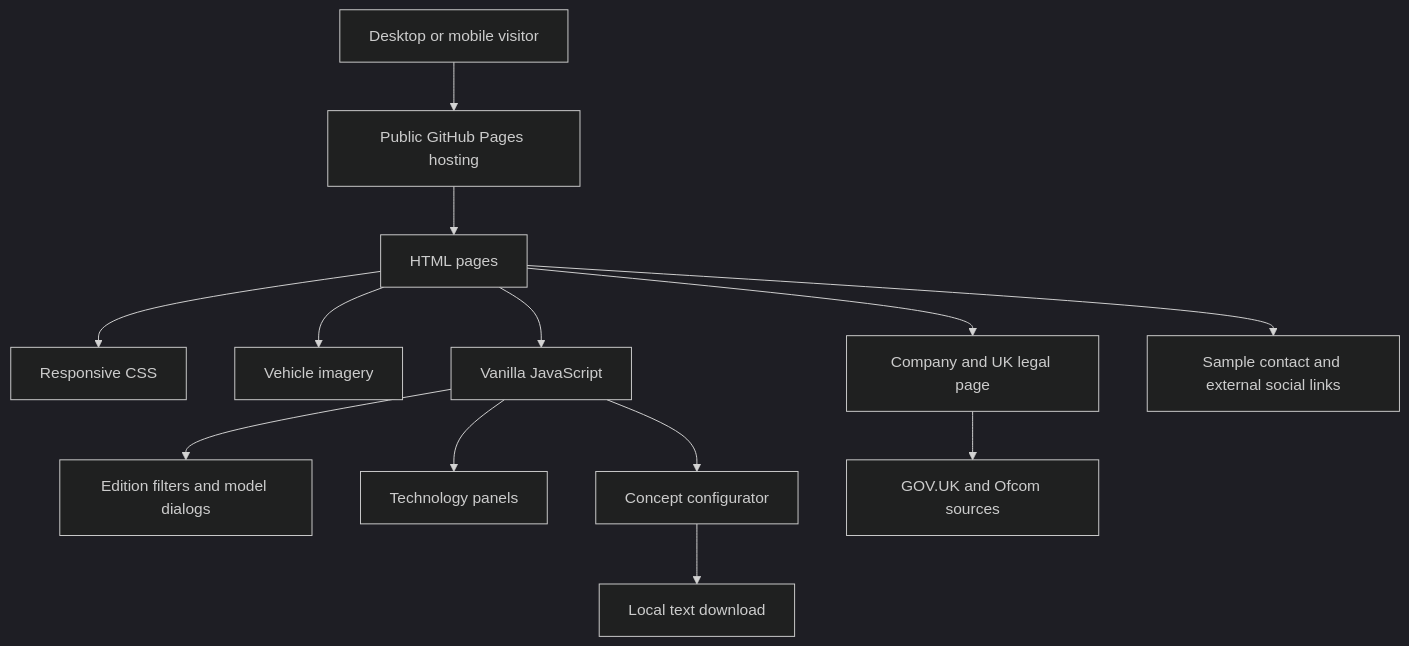
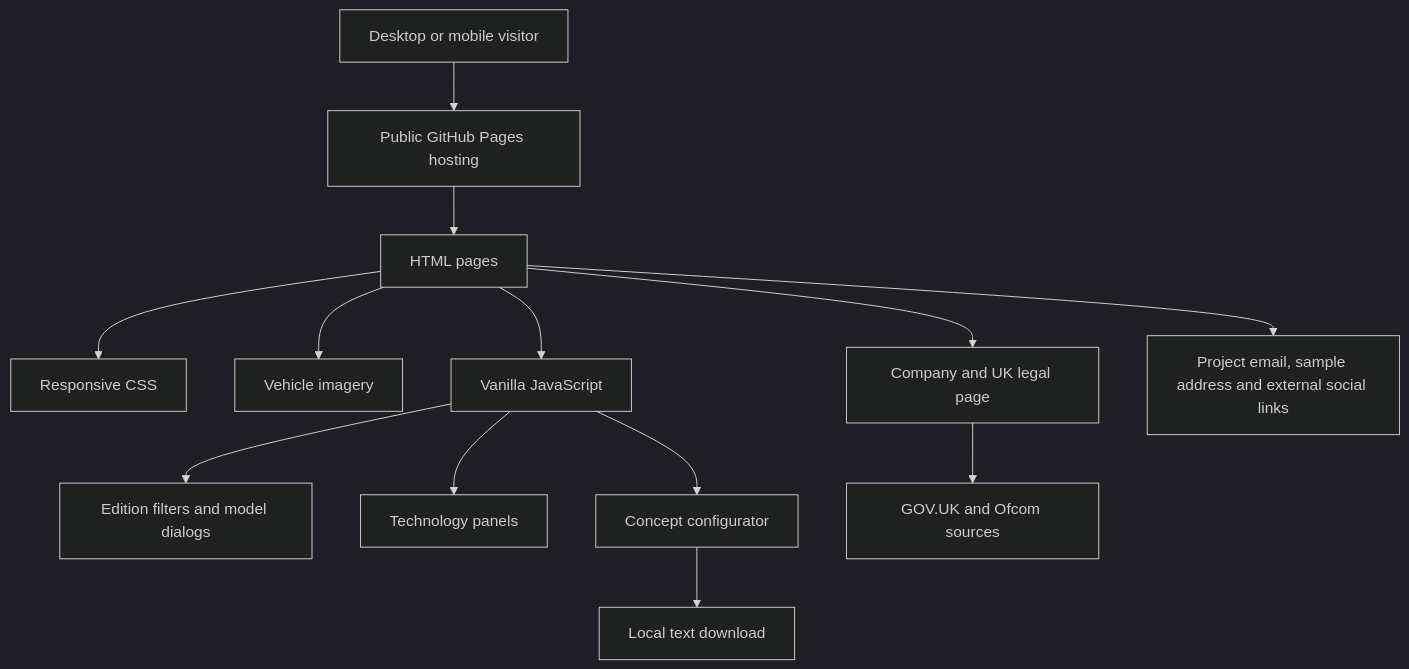
Before and after one commit to Rajakokila-P/britannia-aether-showroom: the first of 4 diagrams in docs/architecture.md, drawn with Mermaid (dark theme). The commit also changed 5 other files, not shown here.

Commit message:
Add project email contact and clarify manual replies

````diff
--- a/docs/architecture.md
+++ b/docs/architecture.md
@@ -5,15 +5,15 @@
 ```mermaid
 flowchart TD
   Visitor[Desktop or mobile visitor] --> Hosting[Public GitHub Pages hosting]
   Hosting --> HTML[HTML pages]
   HTML --> CSS[Responsive CSS]
   HTML --> Images[Vehicle imagery]
   HTML --> JS[Vanilla JavaScript]
   JS --> Filters[Edition filters and model dialogs]
   JS --> Panels[Technology panels]
   JS --> Config[Concept configurator]
   Config --> Download[Local text download]
   HTML --> Legal[Company and UK legal page]
   Legal --> Sources[GOV.UK and Ofcom sources]
-  HTML --> Contact[Sample contact and external social links]
+  HTML --> Contact[Project email, sample address and external social links]
 ```
````
